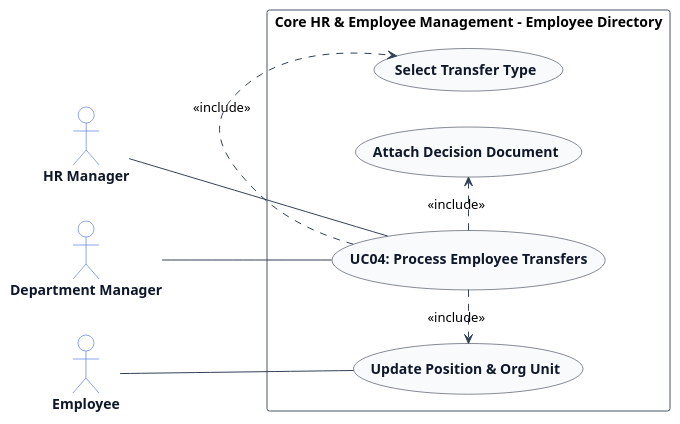
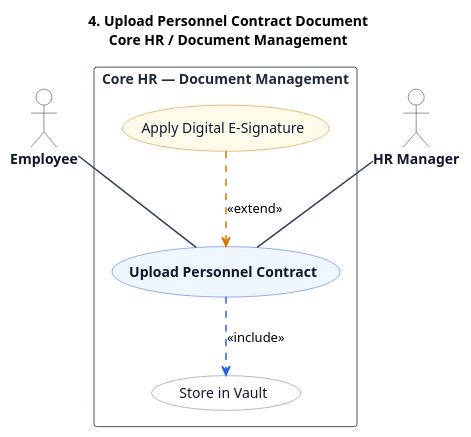
Before and after one commit to TamBui1706/HRPlatform: the diagram in usecase_puml/module_01_core_hr/UC04.puml, drawn with PlantUML. The commit also changed 256 other files, not shown here.

```diff
--- a/usecase_puml/module_01_core_hr/UC04.puml
+++ b/usecase_puml/module_01_core_hr/UC04.puml
@@ -1,38 +1,61 @@
 @startuml
-left to right direction
+title 4. Upload Personnel Contract Document\nCore HR / Document Management
+
 skinparam shadowing false
 skinparam packageStyle rectangle
 skinparam actorStyle stickman
 
-skinparam ArrowColor #334155
-skinparam ActorBorderColor #1d4ed8
+hide stereotype
+
+skinparam ActorBorderColor #1e293b
 skinparam ActorBackgroundColor #ffffff
 skinparam ActorFontColor #0f172a
 skinparam ActorFontStyle bold
 
-skinparam UsecaseBorderColor #0f172a
-skinparam UsecaseBackgroundColor #f8fafc
-skinparam UsecaseFontColor #0f172a
-skinparam UsecaseFontStyle bold
-
 skinparam RectangleBorderColor #475569
 skinparam RectangleBackgroundColor #ffffff
+skinparam RectangleFontColor #1e293b
+skinparam RectangleFontStyle bold
 
+skinparam ArrowColor #334155
+skinparam ArrowThickness 1.5
+
+skinparam usecase {
+    BackgroundColor #eff6ff
+    BorderColor #2563eb
+    FontColor #0f172a
+    FontStyle bold
+}
+
+skinparam usecase<<Inc>> {
+    BackgroundColor #ffffff
+    BorderColor #64748b
+    FontColor #0f172a
+    FontStyle normal
+}
+
+skinparam usecase<<Ext>> {
+    BackgroundColor #fffbeb
+    BorderColor #d97706
+    FontColor #0f172a
+    FontStyle normal
+}
+
+actor "Employee" as Employee
 actor "HR Manager" as HRManager
-actor "Department Manager" as DepartmentManager
-actor "Employee" as Employee
 
-rectangle "Core HR & Employee Management - Employee Directory" {
-    usecase "UC04: Process Employee Transfers" as UC_Main
-    usecase "Select Transfer Type" as UC_Type
-    usecase "Update Position & Org Unit" as UC_UpdatePos
-    usecase "Attach Decision Document" as UC_Doc
+rectangle "Core HR — Document Management" {
+    usecase "Upload Personnel Contract" as UC_Main
 
+    usecase "Store in Vault" as UC_Inc1 <<Inc>>
+
+    usecase "Apply Digital E-Signature" as UC_Ext1 <<Ext>>
+
+    Employee -- UC_Main
     HRManager -- UC_Main
-    DepartmentManager -- UC_Main
-    Employee -- UC_UpdatePos
-    UC_Main .> UC_Type : <<include>>
-    UC_Main .> UC_UpdatePos : <<include>>
-    UC_Main .> UC_Doc : <<include>>
+
+    UC_Main .[#2563eb].> UC_Inc1 : <<include>>
+
+    UC_Ext1 .[#d97706].> UC_Main : <<extend>>
 }
 @enduml
```
